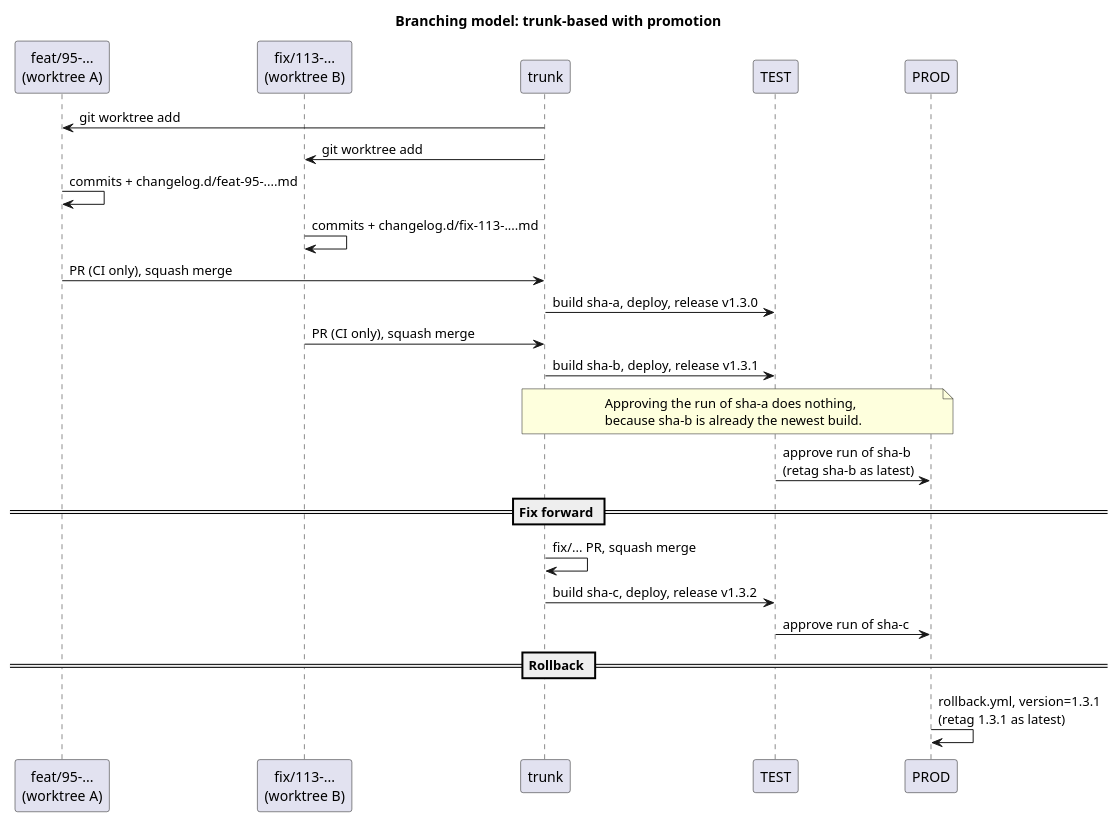
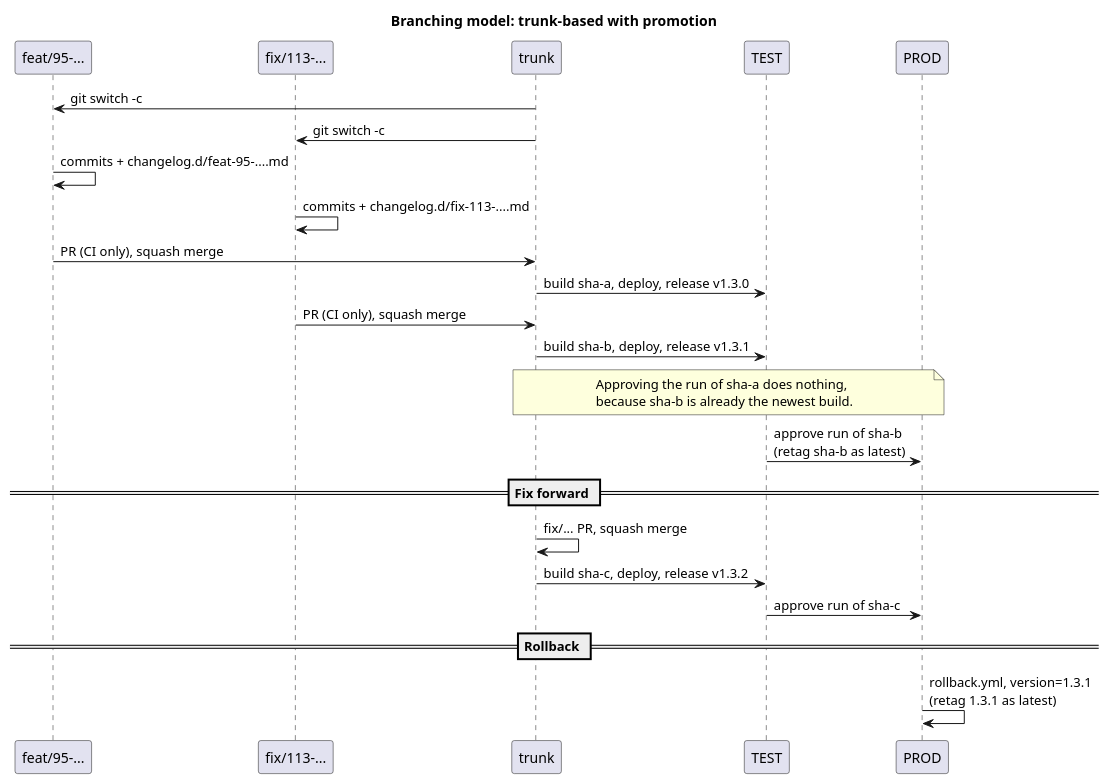
One commit to feurle/tg-app changed the diagram in docs/branching-model.puml. Above: the diagram before and after it, drawn with PlantUML. The commit also changed 8 other files, not shown here.

First line of the commit message:
docs(dev): drop git worktree setup (#145)

```diff
--- a/docs/branching-model.puml
+++ b/docs/branching-model.puml
@@ -1,34 +1,34 @@
 @startuml
 'https://plantuml.com/sequence-diagram
 title Branching model: trunk-based with promotion
 
-participant "feat/95-...\n(worktree A)" as A
-participant "fix/113-...\n(worktree B)" as B
+participant "feat/95-..." as A
+participant "fix/113-..." as B
 participant "trunk" as T
 participant "TEST" as TEST
 participant "PROD" as PROD
 
-T -> A : git worktree add
-T -> B : git worktree add
+T -> A : git switch -c
+T -> B : git switch -c
 A -> A : commits + changelog.d/feat-95-....md
 B -> B : commits + changelog.d/fix-113-....md
 
 A -> T : PR (CI only), squash merge
 T -> TEST : build sha-a, deploy, release v1.3.0
 B -> T : PR (CI only), squash merge
 T -> TEST : build sha-b, deploy, release v1.3.1
 
 note over T, PROD
   Approving the run of sha-a does nothing,
   because sha-b is already the newest build.
 end note
 TEST -> PROD : approve run of sha-b\n(retag sha-b as latest)
 
 == Fix forward ==
 T -> T : fix/... PR, squash merge
 T -> TEST : build sha-c, deploy, release v1.3.2
 TEST -> PROD : approve run of sha-c
 
 == Rollback ==
 PROD -> PROD : rollback.yml, version=1.3.1\n(retag 1.3.1 as latest)
 @enduml
```
